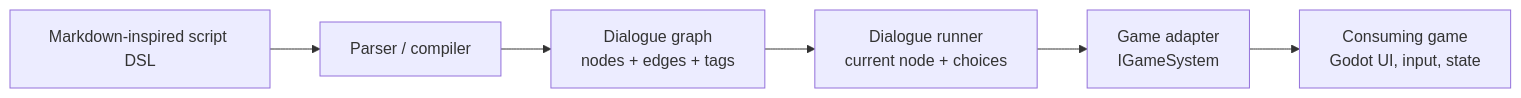
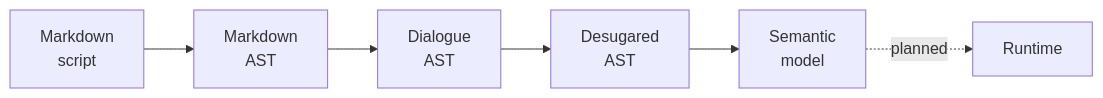
The diagram in docs/guide/overview.md (pengzhengyi/godot-dialoguedown), drawn with Mermaid before and after one commit. The commit also changed other lines of this file and 8 other files, not shown here.

````diff
--- a/docs/guide/overview.md
+++ b/docs/guide/overview.md
@@ -22,8 +26,6 @@
 ```mermaid
 flowchart LR
-    Script["Markdown-inspired script DSL"] --> Parser["Parser / compiler"]
-    Parser --> Graph["Dialogue graph\nnodes + edges + tags"]
-    Graph --> Runner["Dialogue runner\ncurrent node + choices"]
-    Runner --> Adapter["Game adapter\nIGameSystem"]
-    Adapter --> Game["Consuming game\nGodot UI, input, state"]
+    Src["Markdown<br/>script"] --> MD["Markdown<br/>AST"] --> DA["Dialogue<br/>AST"]
+    DA --> DS["Desugared<br/>AST"] --> SM["Semantic<br/>model"]
+    SM -. planned .-> RT["Runtime"]
 ```
````
